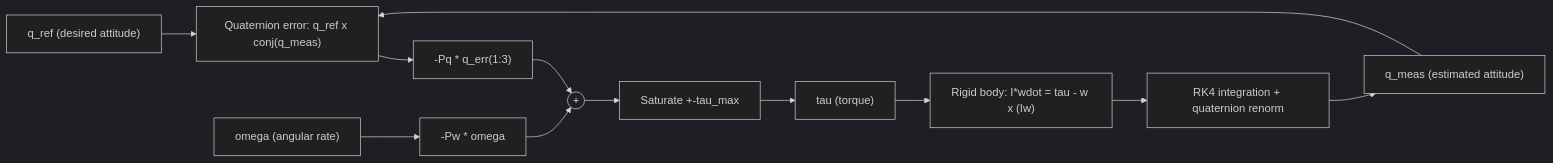
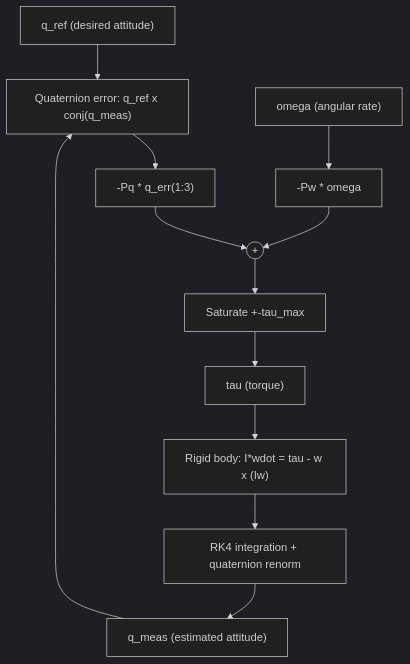
One commit to vignes-vm/Drones_S5_CD8_Adaptive_BSpline_Smoothing_and_Attitude_Control changed the second of 2 diagrams in README.md. Above: the diagram before and after it, drawn with Mermaid (dark theme). The commit also changed 7 other files, not shown here.

Commit message:
Fix: Readme Diagram

````diff
--- a/README.md
+++ b/README.md
@@ -305,13 +305,13 @@
 ```mermaid
-flowchart LR
+flowchart TD
     Qref["q_ref (desired attitude)"] --> Err["Quaternion error: q_ref x conj(q_meas)"]
     Qmeas["q_meas (estimated attitude)"] --> Err
     Err --> Pq["-Pq * q_err(1:3)"]
     Omega["omega (angular rate)"] --> Pw["-Pw * omega"]
     Pq --> Sum(("+")) --> Sat["Saturate +-tau_max"]
     Pw --> Sum
     Sat --> Tau["tau (torque)"]
     Tau --> RB["Rigid body: I*wdot = tau - w x (Iw)"]
     RB --> RK4["RK4 integration + quaternion renorm"]
     RK4 --> Qmeas
 ```
````
